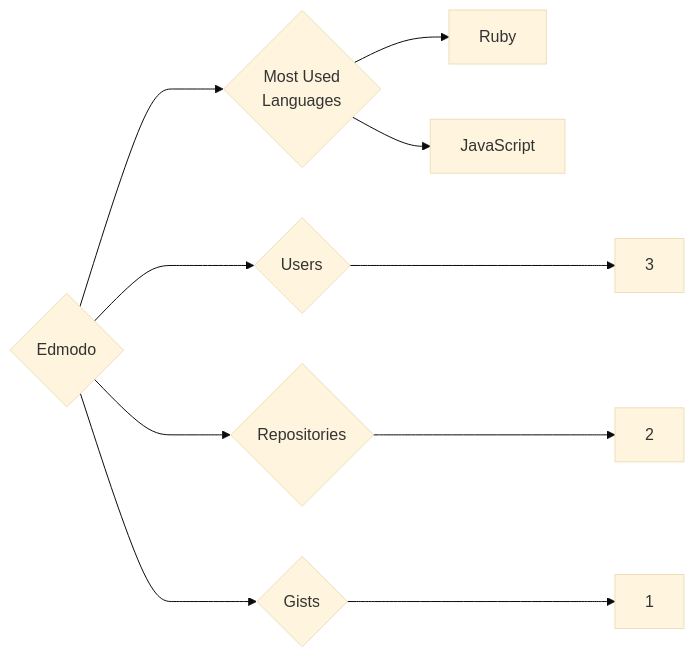
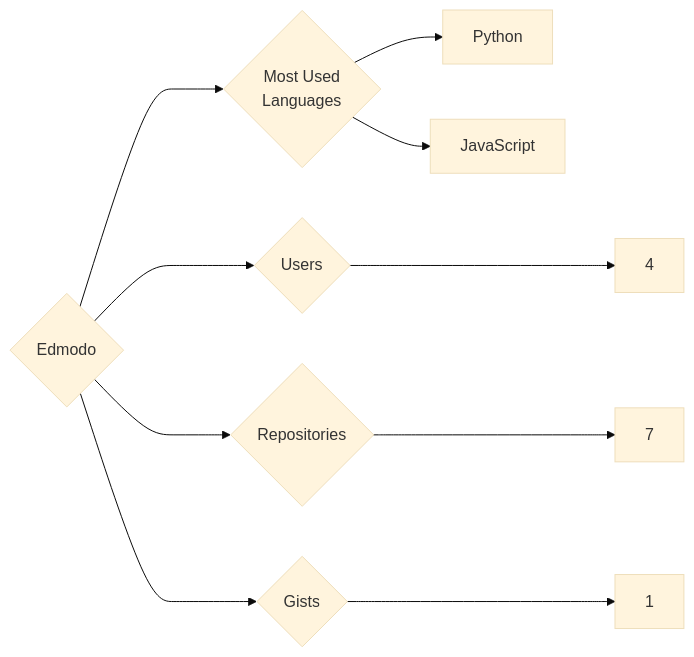
Before and after one commit to trickest/insiders: the diagram in targets/Edmodo/README.md, drawn with Mermaid (base theme). The commit also changed 814 other files, not shown here.

````diff
--- a/targets/Edmodo/README.md
+++ b/targets/Edmodo/README.md
@@ -3,10 +3,10 @@
 ```mermaid
 graph LR
 COMPANY_NAME{Edmodo}
-COMPANY_NAME ---> U{Users} ---> UN[3]
-COMPANY_NAME ---> R{Repositories} ---> RN[2]
+COMPANY_NAME ---> U{Users} ---> UN[4]
+COMPANY_NAME ---> R{Repositories} ---> RN[7]
 COMPANY_NAME ---> G{Gists} ---> GN[1]
 COMPANY_NAME ---> ML{Most Used<br>Languages}
-ML --> Ruby[Ruby]
+ML --> Python[Python]
 ML --> JavaScript[JavaScript]
 ```
````
